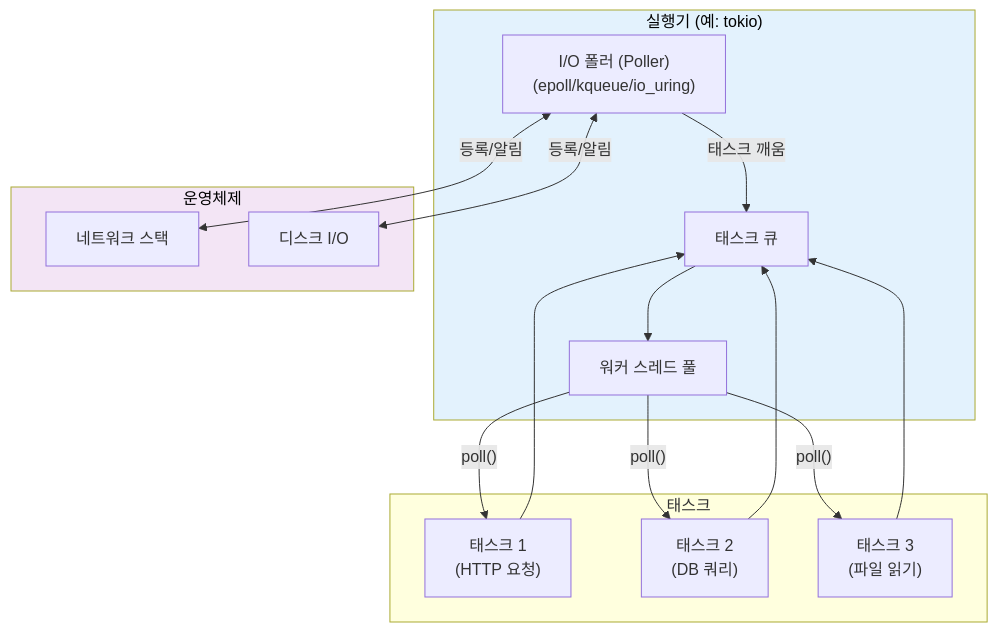
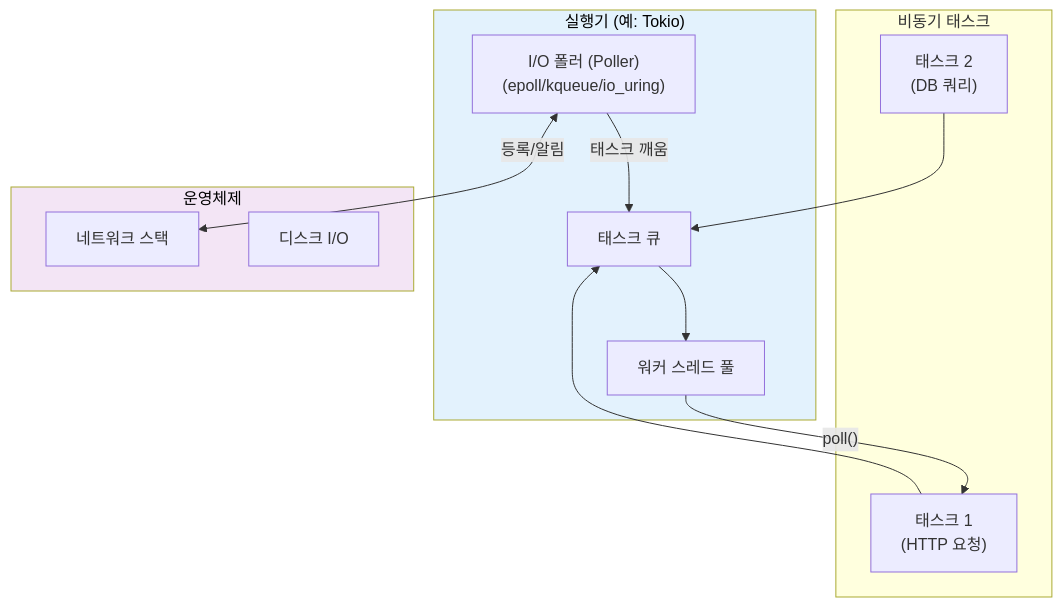
The first of 2 diagrams in async-book/src/ch07-executors-and-runtimes.md (partrita/RustTraining), drawn with Mermaid before and after one commit. The commit also changed other lines of this file and 157 other files, not shown here.

````diff
--- a/async-book/src/ch07-executors-and-runtimes.md
+++ b/async-book/src/ch07-executors-and-runtimes.md
@@ -15,33 +16,28 @@
 ```mermaid
 graph TB
-    subgraph Executor["실행기 (예: tokio)"]
+    subgraph Executor["실행기 (예: Tokio)"]
         QUEUE["태스크 큐"]
         POLLER["I/O 폴러 (Poller)<br/>(epoll/kqueue/io_uring)"]
         THREADS["워커 스레드 풀"]
     end
 
-    subgraph Tasks["태스크"]
+    subgraph Tasks["비동기 태스크"]
         T1["태스크 1<br/>(HTTP 요청)"]
         T2["태스크 2<br/>(DB 쿼리)"]
-        T3["태스크 3<br/>(파일 읽기)"]
     end
 
     subgraph OS["운영체제"]
         NET["네트워크 스택"]
         DISK["디스크 I/O"]
     end
 
     T1 --> QUEUE
     T2 --> QUEUE
-    T3 --> QUEUE
     QUEUE --> THREADS
     THREADS -->|"poll()"| T1
-    THREADS -->|"poll()"| T2
-    THREADS -->|"poll()"| T3
     POLLER <-->|"등록/알림"| NET
-    POLLER <-->|"등록/알림"| DISK
     POLLER -->|"태스크 깨움"| QUEUE
 
     style Executor fill:#e3f2fd,color:#000
     style OS fill:#f3e5f5,color:#000
 ```
````
